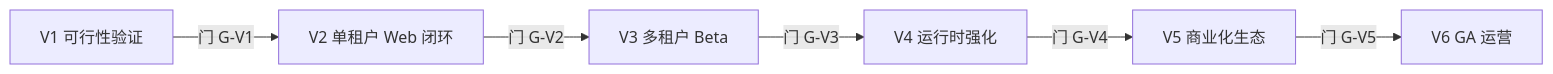
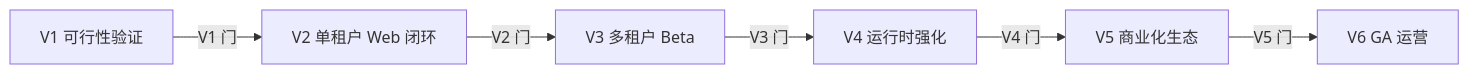
The eighth of 9 diagrams in 改造计划/16-测试策略与验收标准.md (edward-ng-duke/LobsterAI), drawn with Mermaid before and after one commit. The commit also changed other lines of this file and 27 other files, not shown here.

````diff
--- a/改造计划/16-测试策略与验收标准.md
+++ b/改造计划/16-测试策略与验收标准.md
@@ -445,8 +476,8 @@
 ```mermaid
 flowchart LR
-  V1["V1 可行性验证"] -->|门 G-V1| V2["V2 单租户 Web 闭环"]
-  V2 -->|门 G-V2| V3["V3 多租户 Beta"]
-  V3 -->|门 G-V3| V4["V4 运行时强化"]
-  V4 -->|门 G-V4| V5["V5 商业化生态"]
-  V5 -->|门 G-V5| V6["V6 GA 运营"]
+  V1["V1 可行性验证"] -->|V1 门| V2["V2 单租户 Web 闭环"]
+  V2 -->|V2 门| V3["V3 多租户 Beta"]
+  V3 -->|V3 门| V4["V4 运行时强化"]
+  V4 -->|V4 门| V5["V5 商业化生态"]
+  V5 -->|V5 门| V6["V6 GA 运营"]
 ```
````
